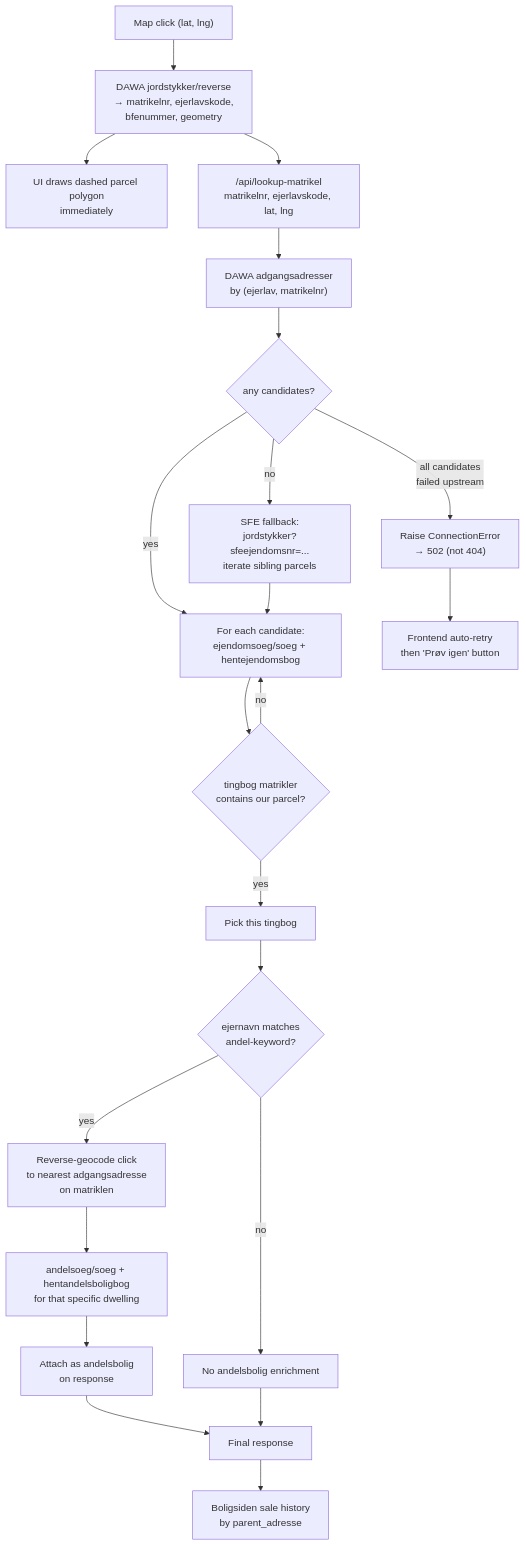
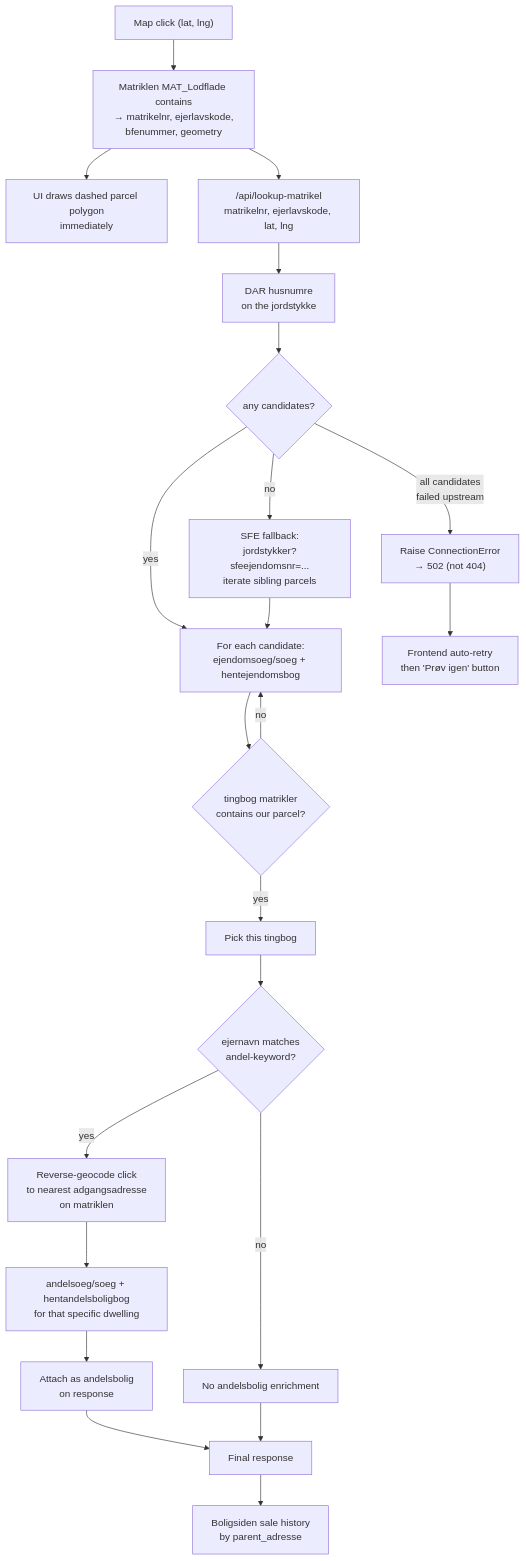
One commit to Doessing/nosynabo changed the second of 4 diagrams in README.md. Above: the diagram before and after it, drawn with Mermaid. The commit also changed other lines of this file and 9 other files, not shown here.

First line of the commit message:
feat: replace DAWA with gsearch + Datafordeler GraphQL (#26)

````diff
--- a/README.md
+++ b/README.md
@@ -204,30 +208,30 @@
 ```mermaid
 flowchart TD
     A["Map click (lat, lng)"]
-    A --> B["DAWA jordstykker/reverse<br/>&rarr; matrikelnr, ejerlavskode,<br/>bfenummer, geometry"]
+    A --> B["Matriklen MAT_Lodflade contains<br/>&rarr; matrikelnr, ejerlavskode,<br/>bfenummer, geometry"]
     B --> C["UI draws dashed parcel polygon<br/>immediately"]
     B --> D["/api/lookup-matrikel<br/>matrikelnr, ejerlavskode, lat, lng"]
 
-    D --> E["DAWA adgangsadresser<br/>by (ejerlav, matrikelnr)"]
+    D --> E["DAR husnumre<br/>on the jordstykke"]
     E --> F{any candidates?}
     F -- yes --> G["For each candidate:<br/>ejendomsoeg/soeg + hentejendomsbog"]
     G --> H{tingbog matrikler<br/>contains our parcel?}
     H -- yes --> I["Pick this tingbog"]
     H -- no --> G
     F -- no --> S["SFE fallback:<br/>jordstykker?sfeejendomsnr=...<br/>iterate sibling parcels"]
     S --> G
 
     I --> J{ejernavn matches<br/>andel-keyword?}
     J -- yes --> K["Reverse-geocode click<br/>to nearest adgangsadresse<br/>on matriklen"]
     K --> L["andelsoeg/soeg + hentandelsboligbog<br/>for that specific dwelling"]
     L --> M["Attach as andelsbolig<br/>on response"]
     J -- no --> N["No andelsbolig enrichment"]
 
     M --> O["Final response"]
     N --> O
 
     O --> P["Boligsiden sale history<br/>by parent_adresse"]
 
     F -- "all candidates<br/>failed upstream" --> Q["Raise ConnectionError<br/>&rarr; 502 (not 404)"]
     Q --> R["Frontend auto-retry<br/>then 'Prøv igen' button"]
 ```
````
